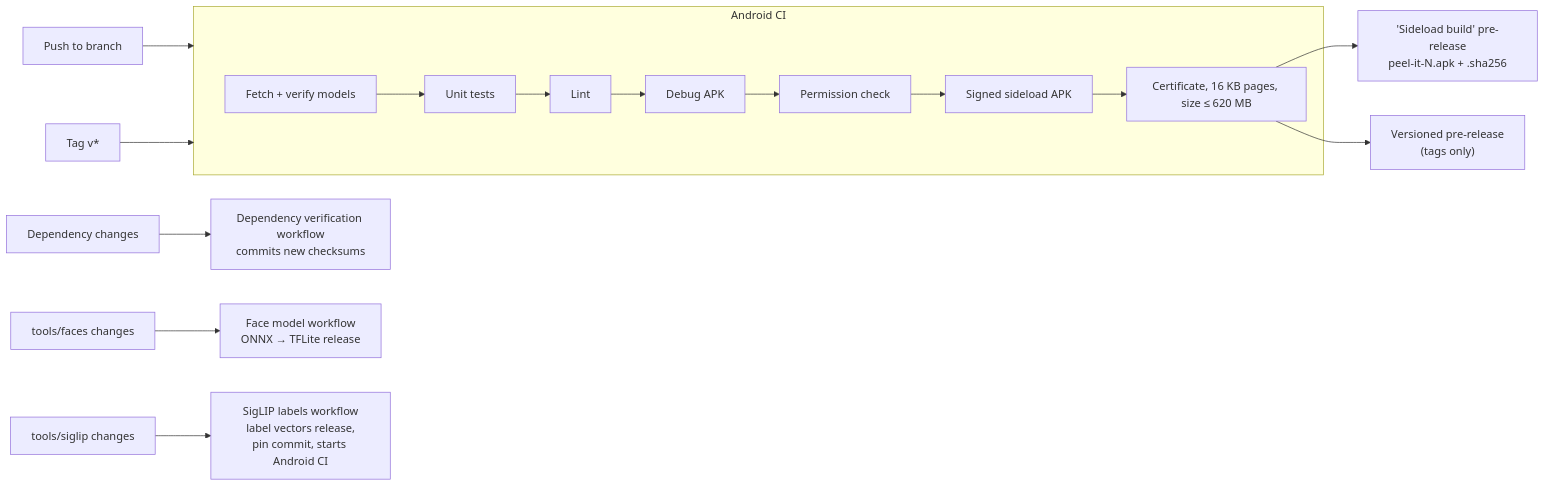
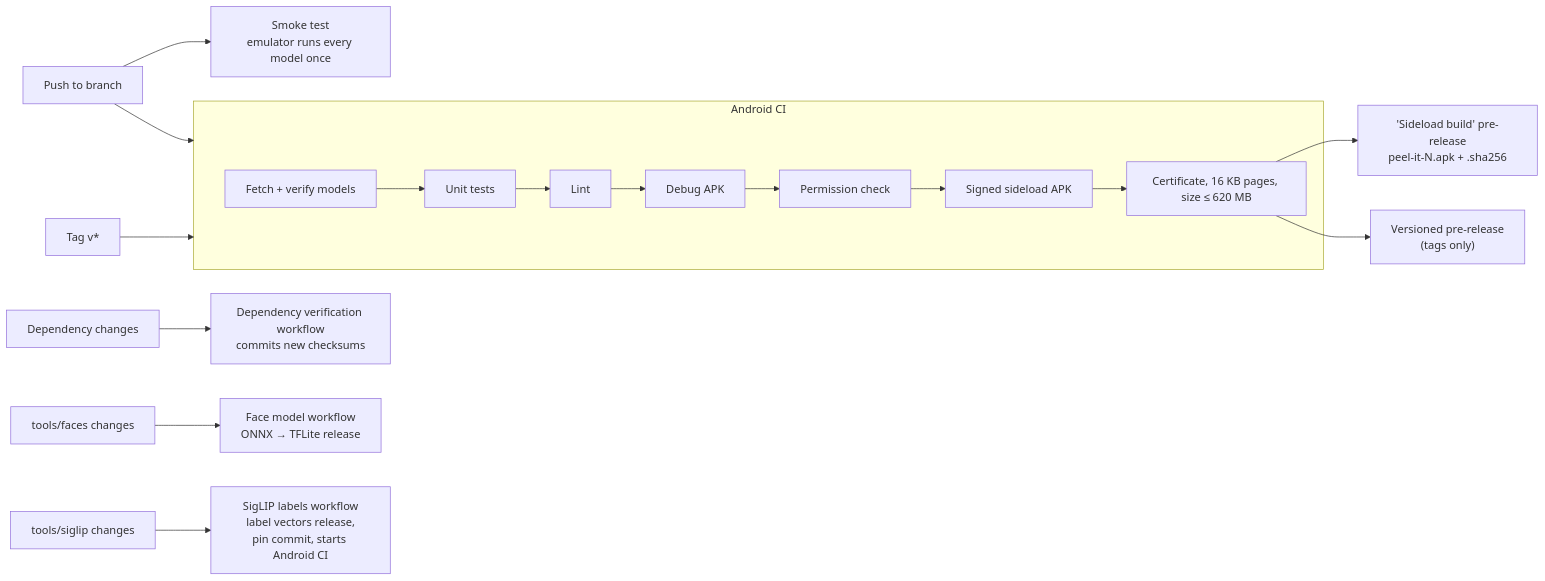
The seventh of 7 diagrams in docs/ARCHITECTURE.md (Eyal98/Whatsapp-sticker-finder), drawn with Mermaid before and after one commit. The commit also changed other lines of this file, not shown here.

First line of the commit message:
Architecture: the on-device smoke test

````diff
--- a/docs/ARCHITECTURE.md
+++ b/docs/ARCHITECTURE.md
@@ -284,15 +284,16 @@
 ```mermaid
 flowchart LR
     push[Push to branch] --> ci
     tag[Tag v*] --> ci
     subgraph ci[Android CI]
         fetch[Fetch + verify models] --> test[Unit tests] --> lint[Lint] --> debug[Debug APK] --> perm[Permission check]
         perm --> signed[Signed sideload APK]
         signed --> checks[Certificate, 16 KB pages, size ≤ 620 MB]
     end
     checks --> side["'Sideload build' pre-release<br/>peel-it-N.apk + .sha256"]
     checks --> alpha["Versioned pre-release<br/>(tags only)"]
+    push --> smoke[Smoke test<br/>emulator runs every model once]
     deps[Dependency changes] --> dv[Dependency verification workflow<br/>commits new checksums]
     tools1[tools/faces changes] --> fm[Face model workflow<br/>ONNX → TFLite release]
     tools2[tools/siglip changes] --> sl[SigLIP labels workflow<br/>label vectors release,<br/>pin commit, starts Android CI]
 ```
````
